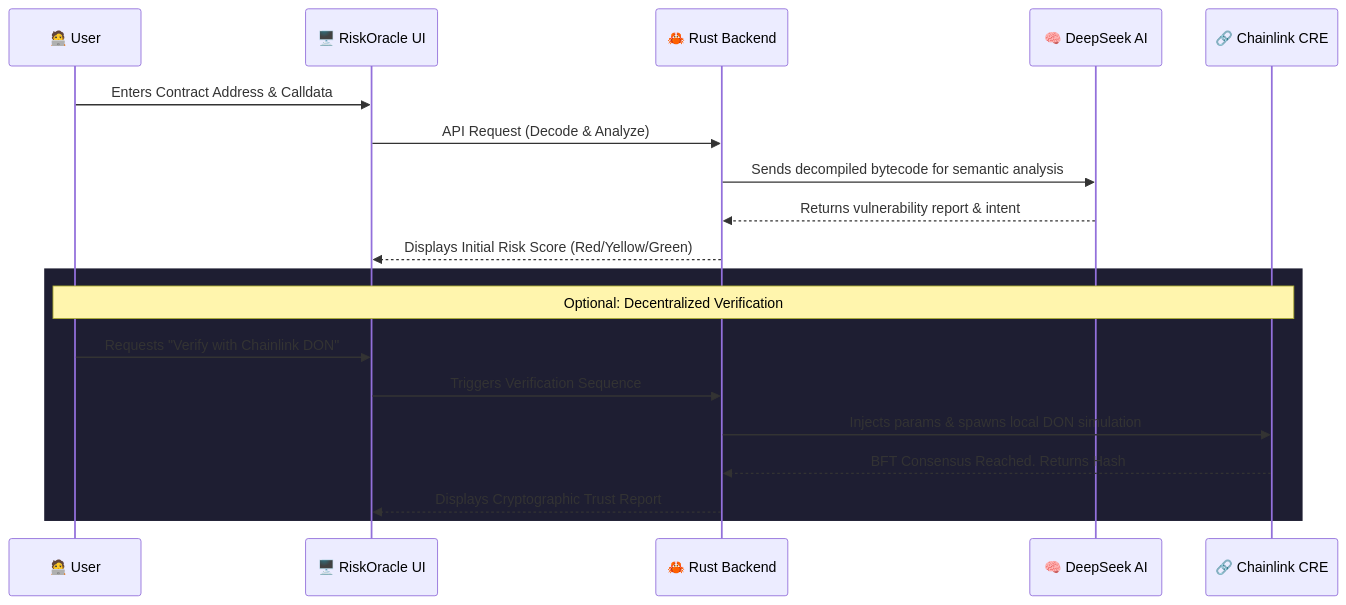
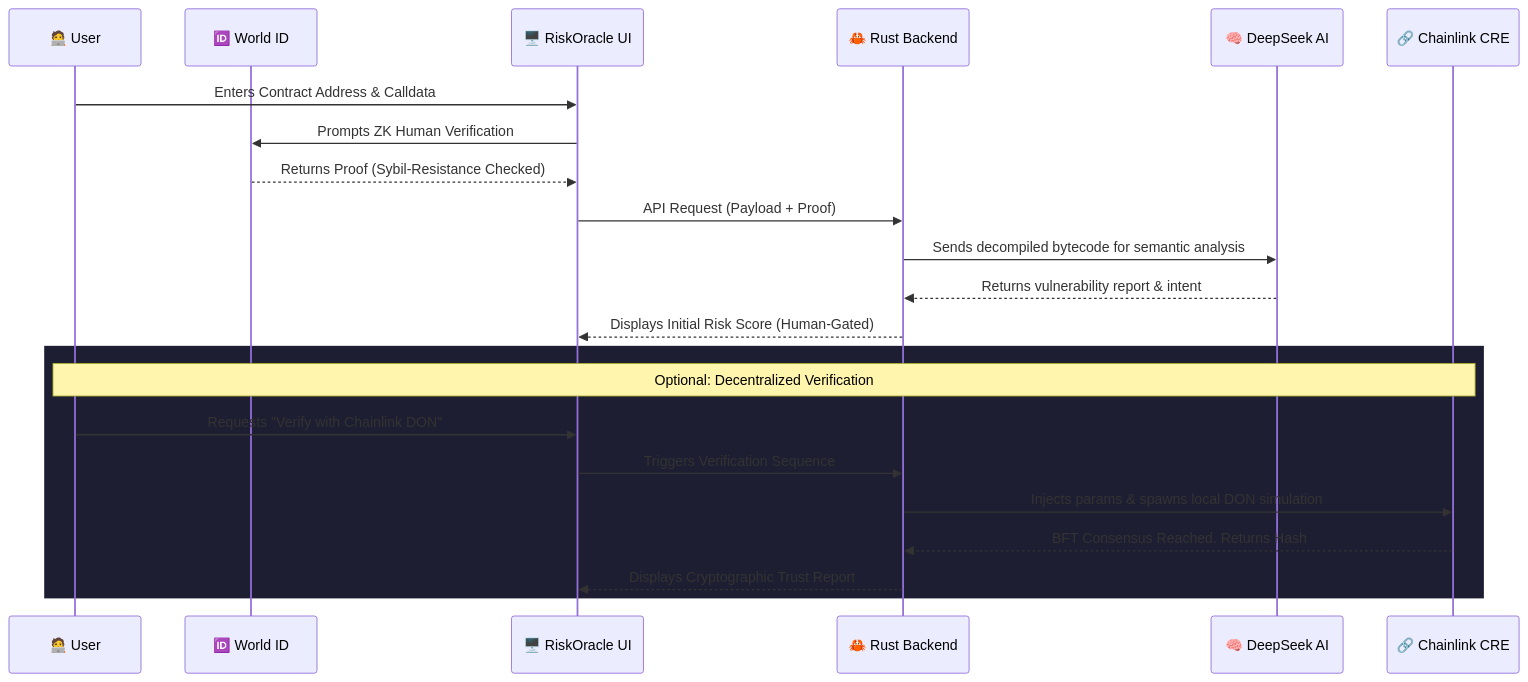
Before and after one commit to Oriojas/RiskOracle: the diagram in README.md, drawn with Mermaid. The commit also changed other lines of this file and 6 other files, not shown here.

````diff
--- a/README.md
+++ b/README.md
@@ -69,23 +70,26 @@
 ```mermaid
 sequenceDiagram
     participant User as 🧑‍💻 User
+    participant WorldID as 🆔 World ID
     participant UI as 🖥️ RiskOracle UI
     participant Rust as 🦀 Rust Backend
     participant AI as 🧠 DeepSeek AI
     participant CRE as 🔗 Chainlink CRE
 
     User->>UI: Enters Contract Address & Calldata
-    UI->>Rust: API Request (Decode & Analyze)
+    UI->>WorldID: Prompts ZK Human Verification
+    WorldID-->>UI: Returns Proof (Sybil-Resistance Checked)
+    UI->>Rust: API Request (Payload + Proof)
     Rust->>AI: Sends decompiled bytecode for semantic analysis
     AI-->>Rust: Returns vulnerability report & intent
-    Rust-->>UI: Displays Initial Risk Score (Red/Yellow/Green)
+    Rust-->>UI: Displays Initial Risk Score (Human-Gated)
     
     rect rgb(30, 30, 50)
         Note over User,CRE: Optional: Decentralized Verification
         User->>UI: Requests "Verify with Chainlink DON"
         UI->>Rust: Triggers Verification Sequence
         Rust->>CRE: Injects params & spawns local DON simulation
         CRE-->>Rust: BFT Consensus Reached. Returns Hash
         Rust-->>UI: Displays Cryptographic Trust Report
     end
 ```
````
